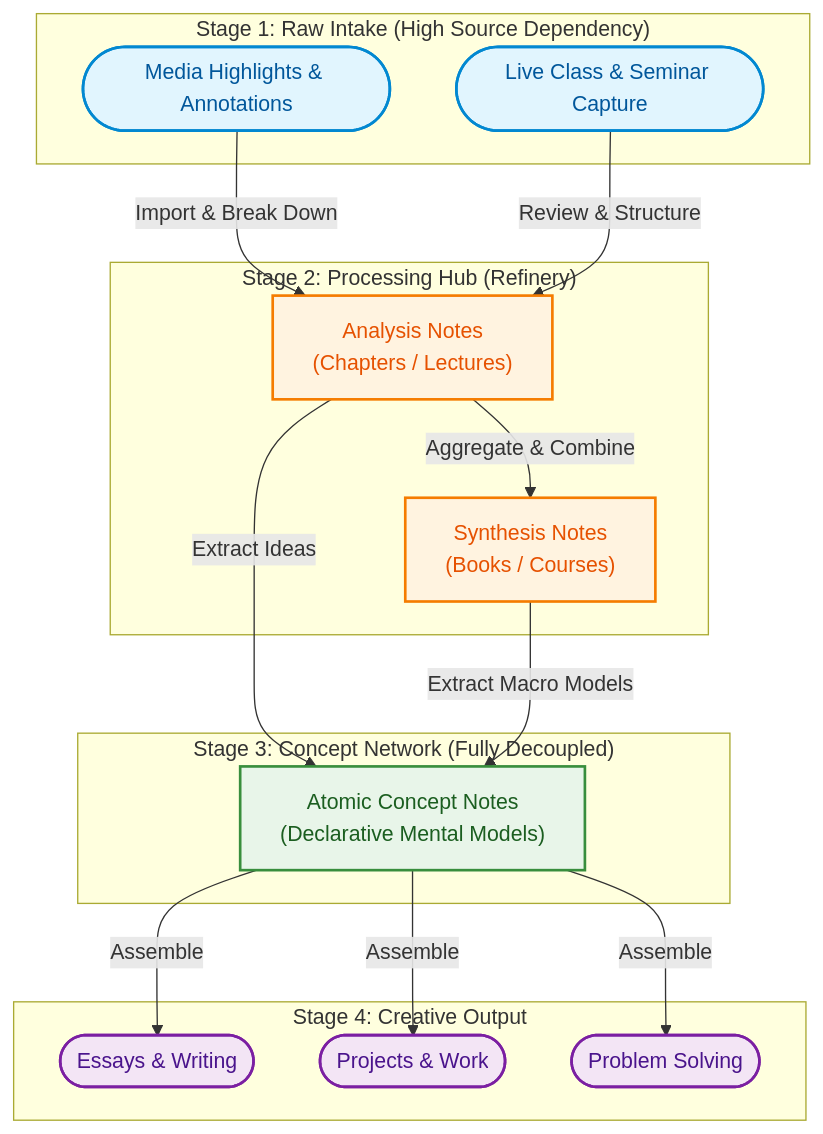
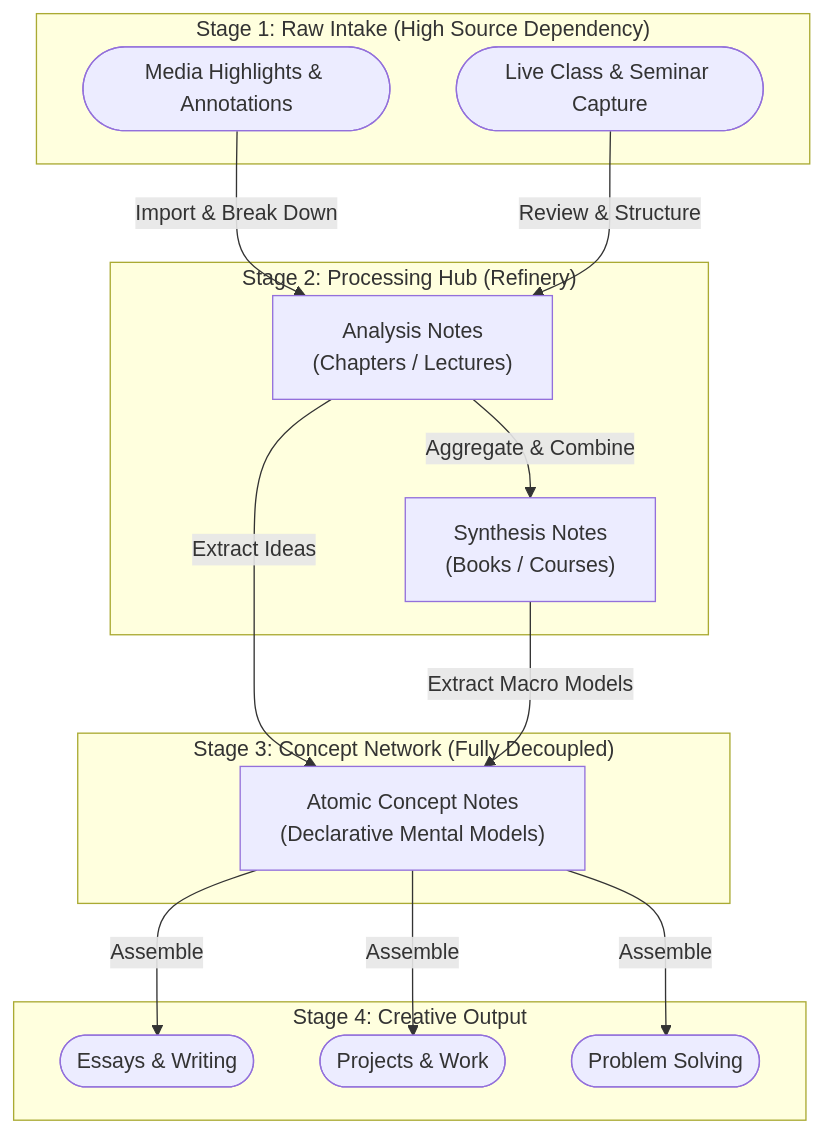
The diagram in blog/my-personal-knowledge-management-pkm-workflow/index.md (matt2ology/tech-journal-and-blog), drawn with Mermaid before and after one commit.

Commit message:
refactor: remove unnecessary class definitions from workflow diagram

````diff
--- a/blog/my-personal-knowledge-management-pkm-workflow/index.md
+++ b/blog/my-personal-knowledge-management-pkm-workflow/index.md
@@ -16,42 +16,32 @@
 ```mermaid
 flowchart TD
-    classDef stage1 fill:#e1f5fe,stroke:#0288d1,stroke-width:2px,color:#01579b;
-    classDef stage2 fill:#fff3e0,stroke:#f57c00,stroke-width:2px,color:#e65100;
-    classDef stage3 fill:#e8f5e9,stroke:#388e3c,stroke-width:2px,color:#1b5e20;
-    classDef stage4 fill:#f3e5f5,stroke:#7b1fa2,stroke-width:2px,color:#4a148c;
-
     subgraph S1 ["Stage 1: Raw Intake (High Source Dependency)"]
         A1([Media Highlights & Annotations])
         A2([Live Class & Seminar Capture])
     end
 
     subgraph S2 ["Stage 2: Processing Hub (Refinery)"]
         B1["Analysis Notes\n(Chapters / Lectures)"]
         B2["Synthesis Notes\n(Books / Courses)"]
     end
 
     subgraph S3 ["Stage 3: Concept Network (Fully Decoupled)"]
         C["Atomic Concept Notes\n(Declarative Mental Models)"]
     end
 
     subgraph S4 ["Stage 4: Creative Output"]
         D1([Essays & Writing])
         D2([Projects & Work])
         D3([Problem Solving])
     end
 
     A1 -->|Import & Break Down| B1
     A2 -->|Review & Structure| B1
     B1 -->|Aggregate & Combine| B2
     B1 -->|Extract Ideas| C
     B2 -->|Extract Macro Models| C
 
     C -->|Assemble| D1
     C -->|Assemble| D2
     C -->|Assemble| D3
-
-    class A1,A2 stage1;
-    class B1,B2 stage2;
-    class C stage3;
-    class D1,D2,D3 stage4;
 ```
````
